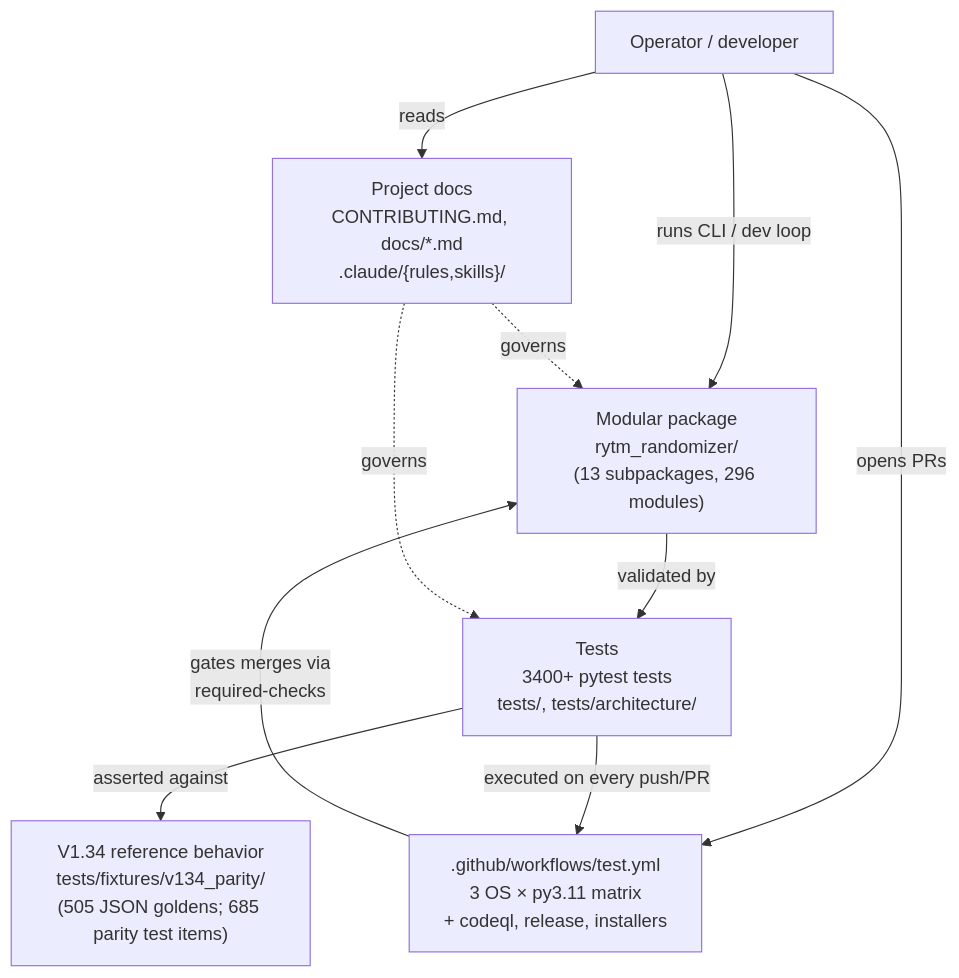
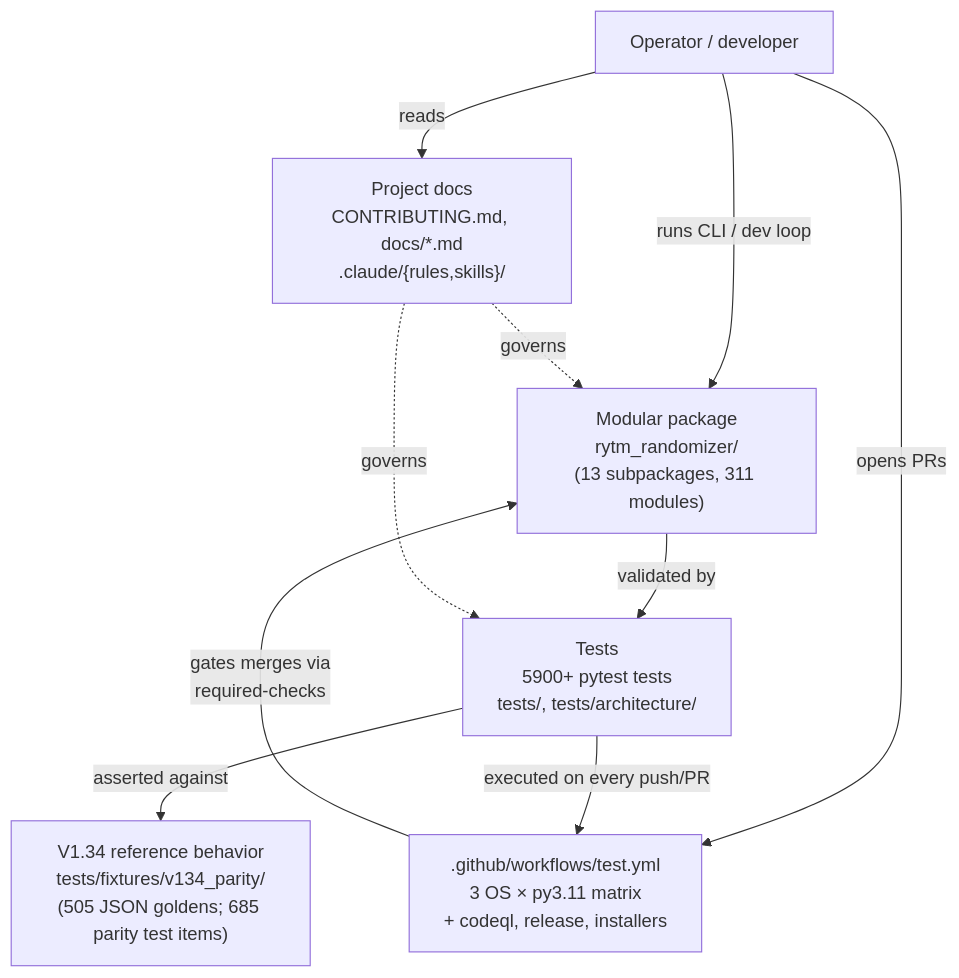
One commit to buzzijose-hub/RytmRandomizer changed the first of 34 diagrams in docs/ARCHITECTURE_DIAGRAMS.md. Above: the diagram before and after it, drawn with Mermaid. The commit also changed other lines of this file and 40 other files, not shown here.

````diff
--- a/docs/ARCHITECTURE_DIAGRAMS.md
+++ b/docs/ARCHITECTURE_DIAGRAMS.md
@@ -48,22 +48,22 @@
 ```mermaid
 flowchart TB
     User["Operator / developer"]
     V134["V1.34 reference behavior<br/>tests/fixtures/v134_parity/<br/>(505 JSON goldens; 685 parity test items)"]
-    Package["Modular package<br/>rytm_randomizer/<br/>(13 subpackages, 296 modules)"]
-    Tests["Tests<br/>3400+ pytest tests<br/>tests/, tests/architecture/"]
+    Package["Modular package<br/>rytm_randomizer/<br/>(13 subpackages, 311 modules)"]
+    Tests["Tests<br/>5900+ pytest tests<br/>tests/, tests/architecture/"]
     CI[".github/workflows/test.yml<br/>3 OS × py3.11 matrix<br/>+ codeql, release, installers"]
     Docs["Project docs<br/>CONTRIBUTING.md, docs/*.md<br/>.claude/{rules,skills}/"]
 
     User -->|"runs CLI / dev loop"| Package
     User -->|"opens PRs"| CI
     User -->|"reads"| Docs
 
     Package -->|"validated by"| Tests
     Tests -->|"asserted against"| V134
     Tests -->|"executed on every push/PR"| CI
 
     CI -->|"gates merges via<br/>required-checks"| Package
 
     Docs -.->|"governs"| Package
     Docs -.->|"governs"| Tests
 ```
````
